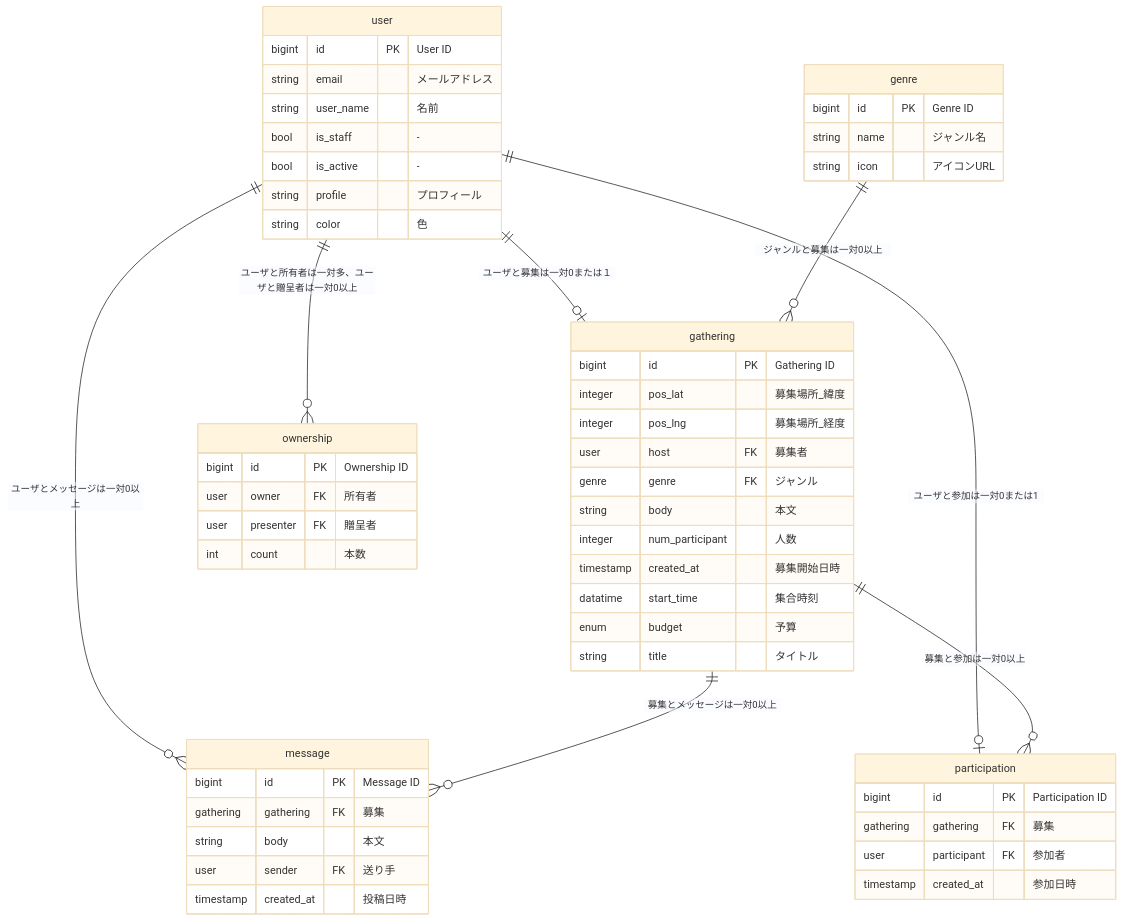
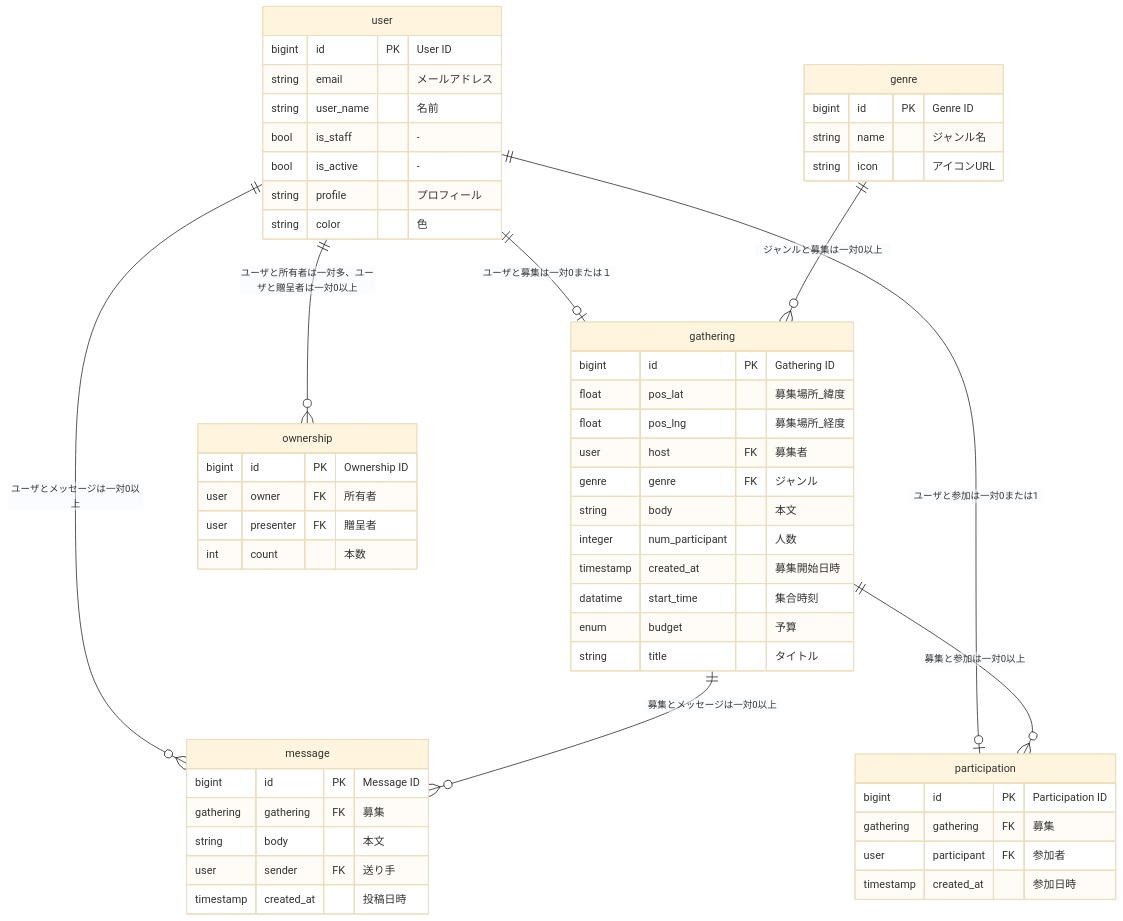
The diagram in README.md (team-yurubo/yuruboo), drawn with Mermaid (base theme) before and after one commit.

Commit message:
Modify er diagram

````diff
--- a/README.md
+++ b/README.md
@@ -5,62 +5,62 @@
 ```mermaid
 erDiagram
   user ||--o| gathering : "ユーザと募集は一対0または１"
   user ||--o{ message : "ユーザとメッセージは一対0以上"
   user ||--o| participation : "ユーザと参加は一対0または1"
   user ||--o{ ownership : "ユーザと所有者は一対多、ユーザと贈呈者は一対0以上"
   genre ||--o{ gathering : "ジャンルと募集は一対0以上"
   gathering ||--o{ message : "募集とメッセージは一対0以上"
   gathering ||--o{ participation : "募集と参加は一対0以上"
   
   user {
     bigint id PK "User ID"
     string email "メールアドレス"
     string user_name "名前"
     bool is_staff "-"
     bool is_active "-"
     string profile "プロフィール"
     string color "色"
   }
 
   genre {
     bigint id PK "Genre ID"
     string name "ジャンル名"
     string icon "アイコンURL"
   }
 
   gathering {
     bigint id PK "Gathering ID"
-    integer pos_lat "募集場所_緯度"
-    integer pos_lng "募集場所_経度"
+    float pos_lat "募集場所_緯度"
+    float pos_lng "募集場所_経度"
     user host FK "募集者"
     genre genre FK "ジャンル"
     string body "本文"
     integer num_participant "人数"
     timestamp created_at "募集開始日時"
     datatime start_time "集合時刻"
     enum budget "予算"
     string title "タイトル"
   }
 
   message {
     bigint id PK "Message ID"
     gathering gathering FK "募集"
     string body "本文"
     user sender FK "送り手"
     timestamp created_at "投稿日時"
   }
 
   participation {
     bigint id PK "Participation ID"
     gathering gathering FK "募集"
     user participant FK "参加者"
     timestamp created_at "参加日時"
   }
 
   ownership {
     bigint id PK "Ownership ID"
     user owner FK "所有者"
     user presenter FK "贈呈者"
     int count "本数"
   }
 ```
````
